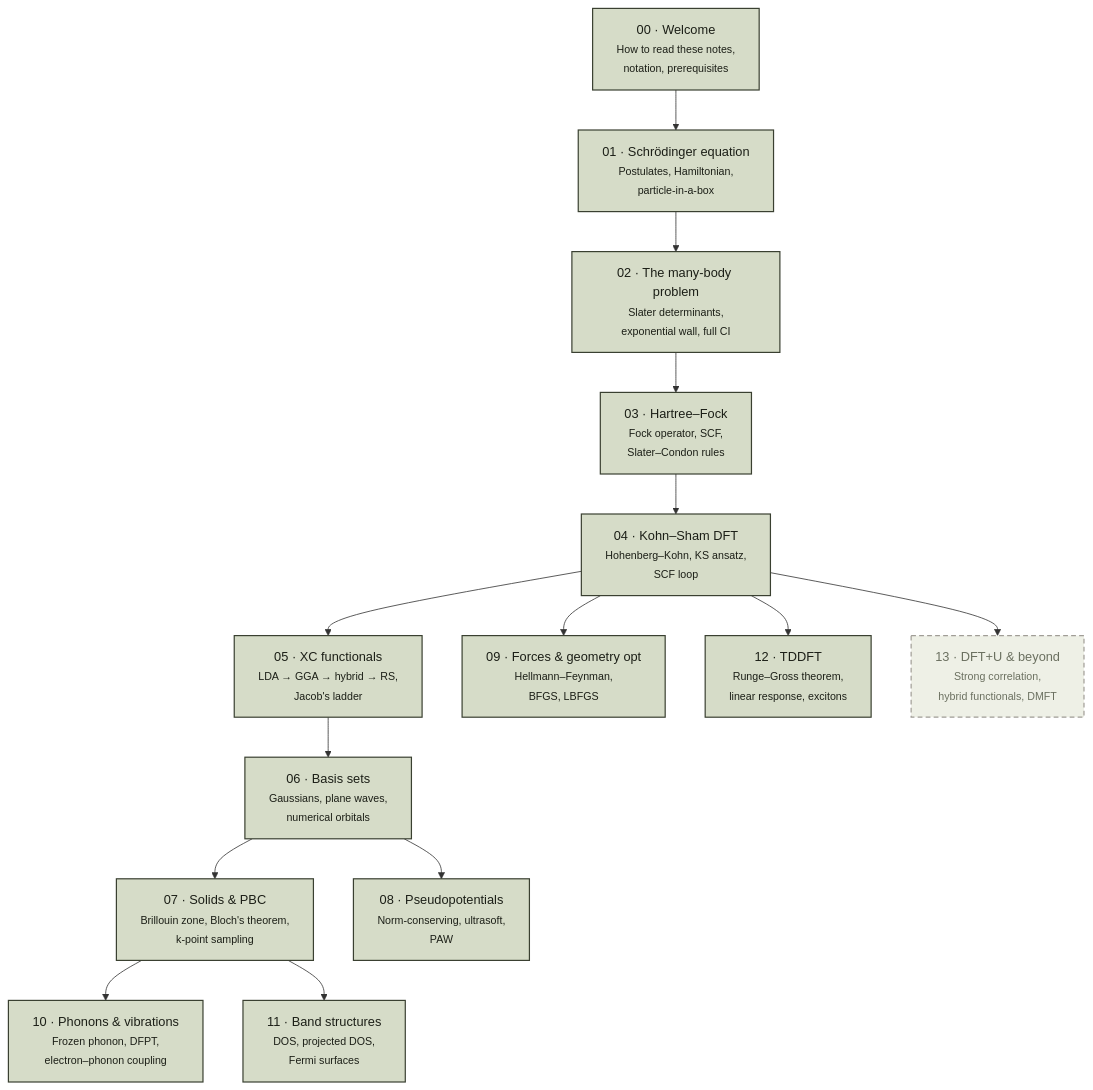
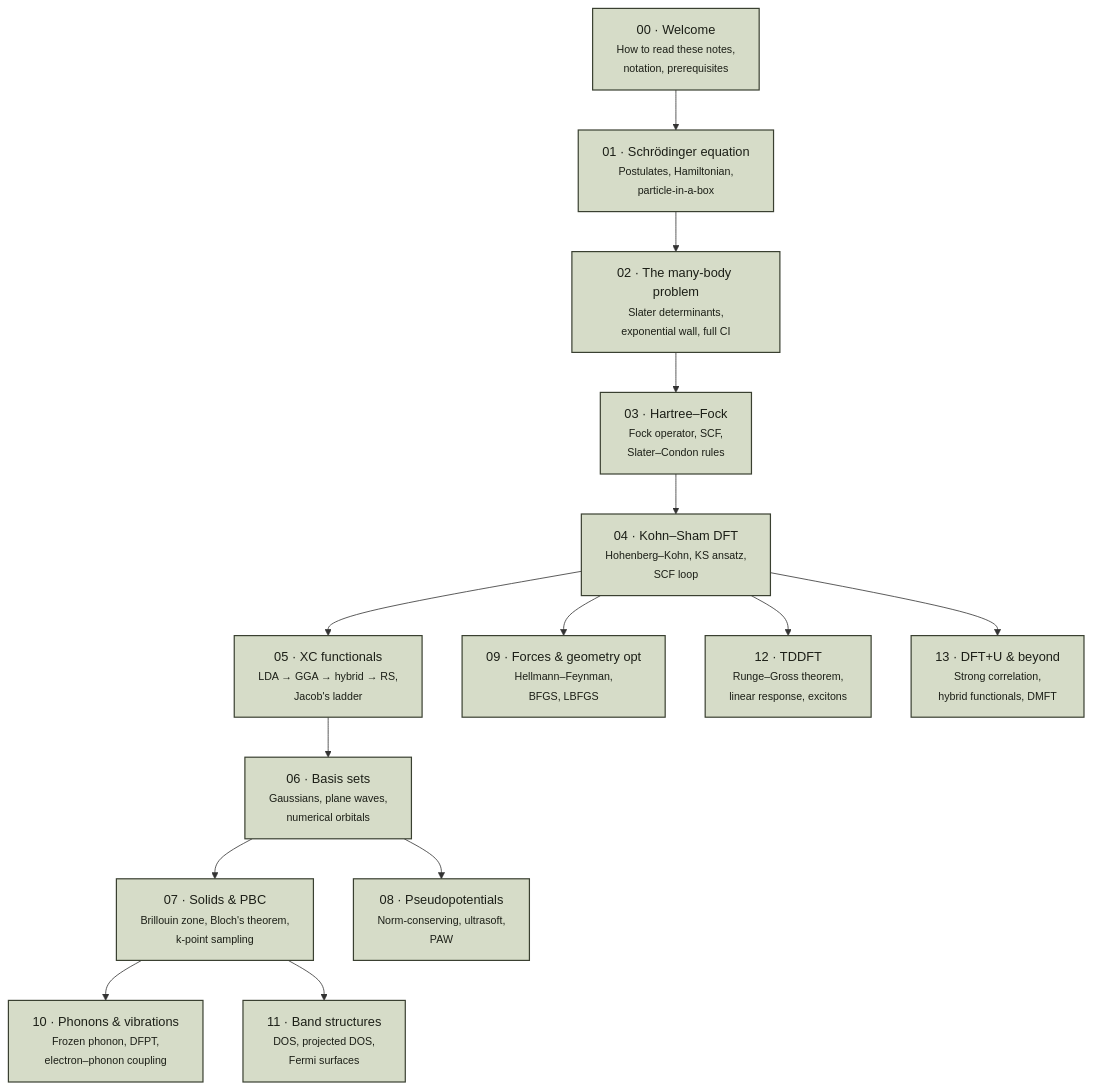
One commit to Shuvam-Banerji-Seal/DFT-notes changed the diagram in dft_notes/chapters-map.md. Above: the diagram before and after it, drawn with Mermaid. The commit also changed 69 other files, not shown here.

First line of the commit message:
Fix Mermaid rendering + add PNG download + enrich 11 chapters

````diff
--- a/dft_notes/chapters-map.md
+++ b/dft_notes/chapters-map.md
@@ -21,52 +21,52 @@
 ```mermaid
 %%{init: {'flowchart': {'htmlLabels': true, 'curve': 'basis'}}}%%
 graph TD
   C00["00 · Welcome<br/><small>How to read these notes,<br/>notation, prerequisites</small>"]
   C01["01 · Schrödinger equation<br/><small>Postulates, Hamiltonian,<br/>particle-in-a-box</small>"]
   C02["02 · The many-body problem<br/><small>Slater determinants,<br/>exponential wall, full CI</small>"]
   C03["03 · Hartree–Fock<br/><small>Fock operator, SCF,<br/>Slater–Condon rules</small>"]
   C04["04 · Kohn–Sham DFT<br/><small>Hohenberg–Kohn, KS ansatz,<br/>SCF loop</small>"]
   C05["05 · XC functionals<br/><small>LDA → GGA → hybrid → RS,<br/>Jacob's ladder</small>"]
   C06["06 · Basis sets<br/><small>Gaussians, plane waves,<br/>numerical orbitals</small>"]
   C07["07 · Solids & PBC<br/><small>Brillouin zone, Bloch's theorem,<br/>k-point sampling</small>"]
   C08["08 · Pseudopotentials<br/><small>Norm-conserving, ultrasoft,<br/>PAW</small>"]
   C09["09 · Forces & geometry opt<br/><small>Hellmann–Feynman,<br/>BFGS, LBFGS</small>"]
   C10["10 · Phonons & vibrations<br/><small>Frozen phonon, DFPT,<br/>electron–phonon coupling</small>"]
   C11["11 · Band structures<br/><small>DOS, projected DOS,<br/>Fermi surfaces</small>"]
   C12["12 · TDDFT<br/><small>Runge–Gross theorem,<br/>linear response, excitons</small>"]
   C13["13 · DFT+U & beyond<br/><small>Strong correlation,<br/>hybrid functionals, DMFT</small>"]
 
   C00 --> C01
   C01 --> C02
   C02 --> C03
   C03 --> C04
   C04 --> C05
   C05 --> C06
   C06 --> C07
   C06 --> C08
   C04 --> C09
   C07 --> C10
   C07 --> C11
   C04 --> C12
   C04 --> C13
 
   classDef shipped fill:#d6dcc8,stroke:#3a4031,color:#1c1f17,stroke-width:1.5px;
   classDef planned stroke-dasharray: 6 4,stroke:#a09d96,fill:#eef0e6,color:#6b7060,stroke-width:1.5px;
-  class C00,C01,C02,C03,C04,C05,C06,C07,C08,C09,C10,C11,C12 shipped;
-  class C13 planned;
+  class C00,C01,C02,C03,C04,C05,C06,C07,C08,C09,C10,C11,C12,C13 shipped;
+  classDef planned stroke-dasharray: 6 4,stroke:#a09d96,fill:#eef0e6,color:#6b7060,stroke-width:1.5px;
 
   click C00 "javascript:void(0)" "How to read these notes, the notation table, and the prerequisites for the DFT Notes series."
   click C01 "javascript:void(0)" "The postulates of quantum mechanics, the electronic Hamiltonian, and a worked particle-in-a-box derivation."
   click C02 "javascript:void(0)" "Why a single Slater determinant is not enough, the exponential wall, and the full-CI limit."
   click C03 "javascript:void(0)" "Mean-field theory, the Fock operator, the SCF loop, and the Slater–Condon rules for matrix elements."
   click C04 "javascript:void(0)" "Hohenberg–Kohn existence theorem, the Kohn–Sham ansatz, and the practical KS SCF loop."
   click C05 "javascript:void(0)" "Jacob's ladder: LDA, GGA, meta-GGA, hybrid, and range-separated functionals."
   click C06 "javascript:void(0)" "Gaussian-type orbitals, plane waves, real-space grids, and the Roothaan–Hall equations."
   click C07 "javascript:void(0)" "Bloch's theorem, the Brillouin zone, plane-wave cutoffs, and Monkhorst–Pack k-point sampling."
   click C08 "javascript:void(0)" "Norm-conserving, ultrasoft, and PAW pseudopotentials — construction, transferability, and validation."
   click C09 "javascript:void(0)" "Hellmann–Feynman theorem, BFGS and LBFGS optimisers, and convergence criteria for forces and displacements."
   click C10 "javascript:void(0)" "Frozen-phonon supercells, density-functional perturbation theory, and electron–phonon coupling."
   click C11 "javascript:void(0)" "Density of states, projected DOS, band-structure plots, and Fermi-surface visualisation."
   click C12 "javascript:void(0)" "Runge–Gross theorem, linear-response TDDFT, the Casida equations, and excitons."
-  click C13 "javascript:void(0)" "DFT+U for strong correlation, hybrid functionals revisited, and a DMFT outlook. (Planned.)"
+  click C13 "javascript:void(0)" "DFT+U for strong correlation, hybrid functionals revisited, and a DMFT outlook."
 ```
````
